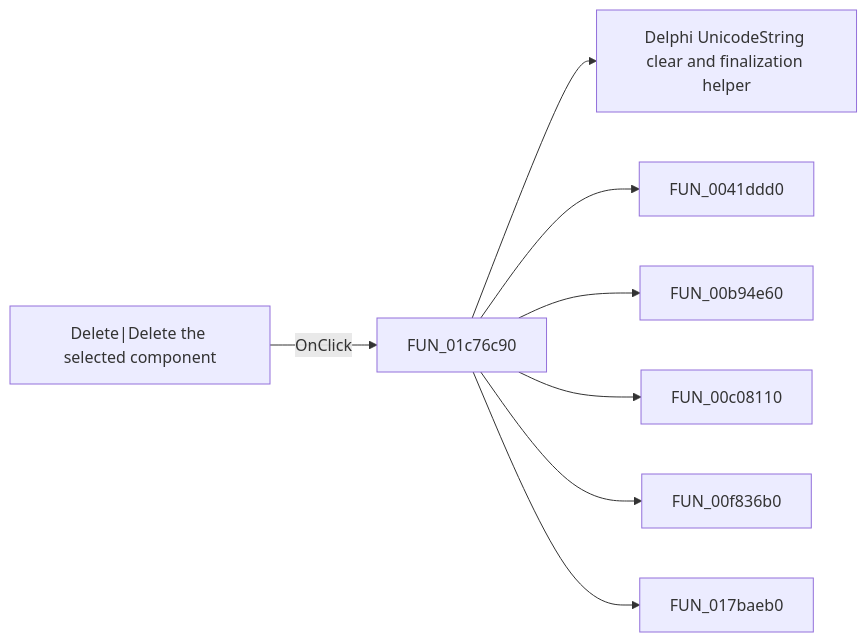
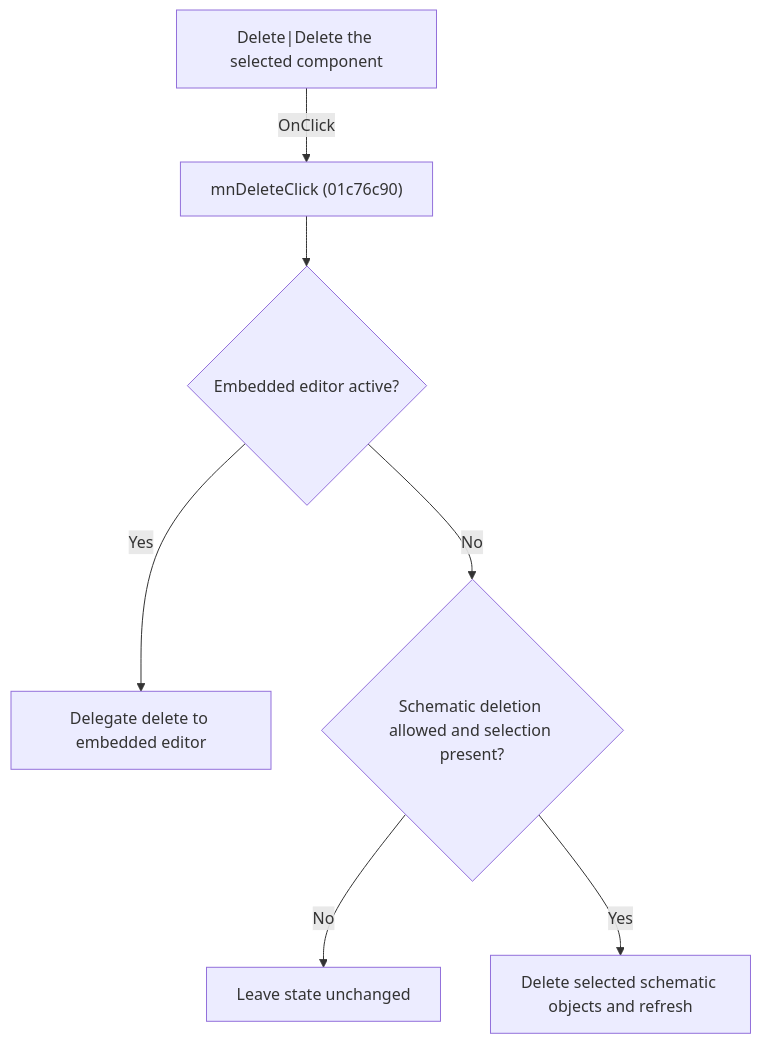
One commit to MovGP0/TIARA changed the diagram in docs/ui-controls/schematiceditor/tooldelete-69a881d706.md. Above: the diagram before and after it, drawn with Mermaid. The commit also changed other lines of this file and 1062 other files, not shown here.

````diff
--- a/docs/ui-controls/schematiceditor/tooldelete-69a881d706.md
+++ b/docs/ui-controls/schematiceditor/tooldelete-69a881d706.md
@@ -27,10 +27,9 @@
 ```mermaid
-flowchart LR
-    control["Delete|Delete the selected component"] -->|OnClick| handler["FUN_01c76c90"]
-    handler --> call1["Delphi UnicodeString clear and finalization helper"]
-    handler --> call2["FUN_0041ddd0"]
-    handler --> call3["FUN_00b94e60"]
-    handler --> call4["FUN_00c08110"]
-    handler --> call5["FUN_00f836b0"]
-    handler --> call6["FUN_017baeb0"]
+flowchart TD
+    control["Delete|Delete the selected component"] -->|"OnClick"| handler["mnDeleteClick (01c76c90)"]
+    handler --> context{"Embedded editor active?"}
+    context -->|"Yes"| embedded["Delegate delete to embedded editor"]
+    context -->|"No"| guard{"Schematic deletion allowed and selection present?"}
+    guard -->|"No"| unchanged["Leave state unchanged"]
+    guard -->|"Yes"| remove["Delete selected schematic objects and refresh"]
 ```
````
